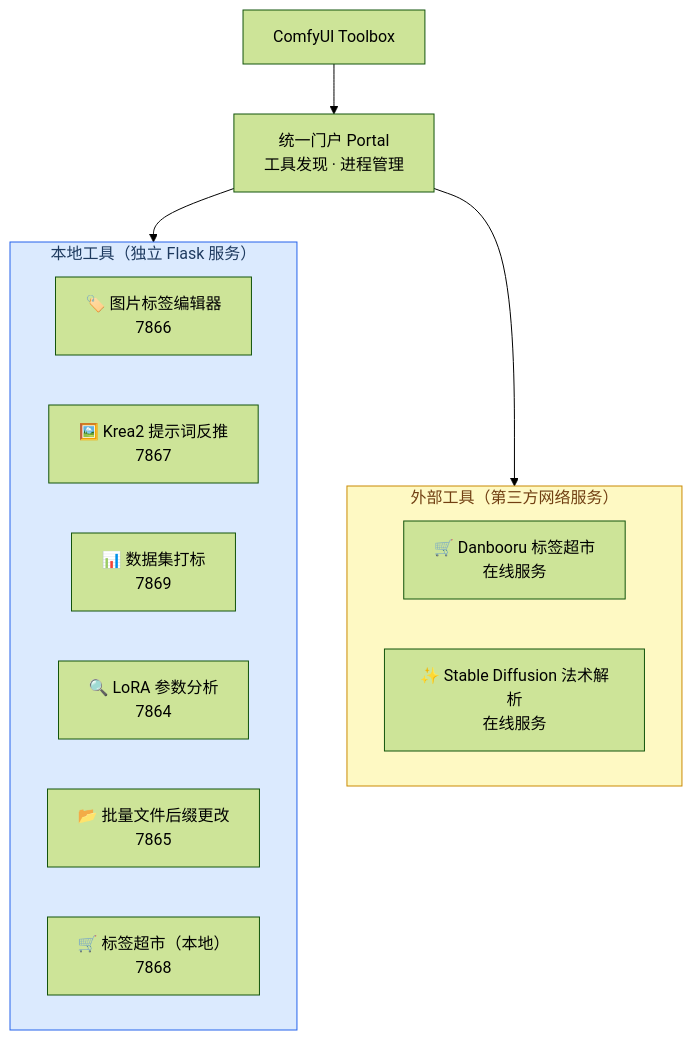
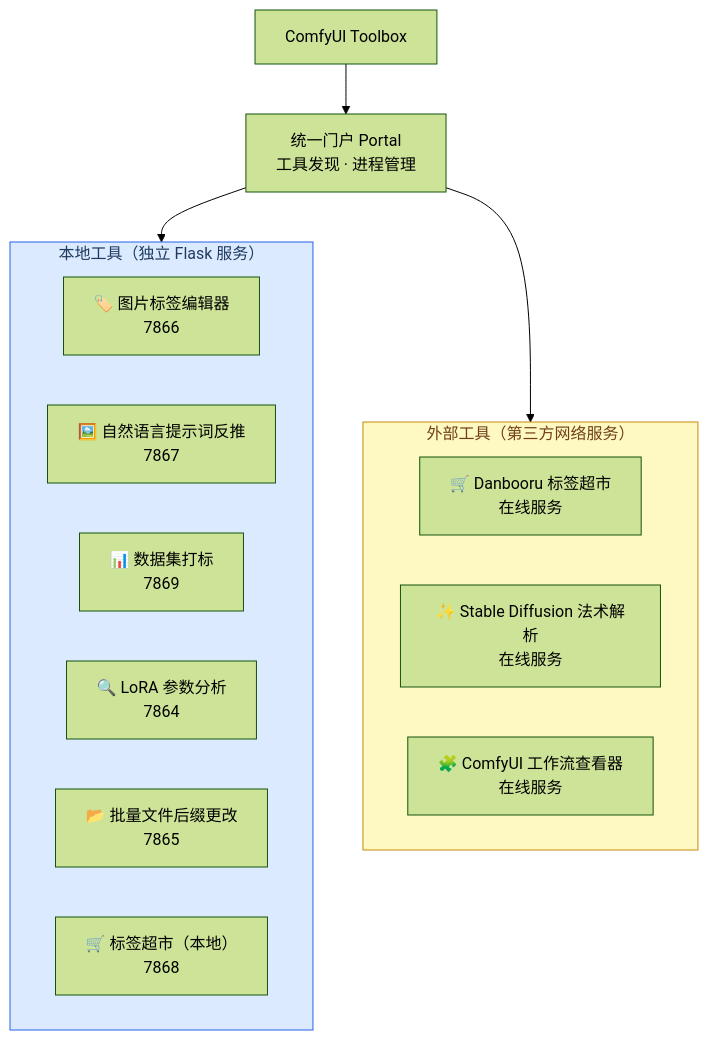
The diagram in README.md (kkmlimingfeng/ComfyuiToolBox), drawn with Mermaid (forest theme) before and after one commit. The commit also changed other lines of this file and 10 other files, not shown here.

````diff
--- a/README.md
+++ b/README.md
@@ -20,31 +20,32 @@
 ```mermaid
 flowchart TB
     accTitle: ComfyUI Toolbox Architecture
     accDescr: The unified portal discovers and manages independent tools, grouped into local tools and external web-based tools.
 
     root["ComfyUI Toolbox"] --> portal["统一门户 Portal<br/>工具发现 · 进程管理"]
 
     portal --> local
     portal --> external
 
     subgraph local["本地工具（独立 Flask 服务）"]
         direction LR
         editor["🏷️ 图片标签编辑器<br/>7866"]
-        img2prompt["🖼️ Krea2 提示词反推<br/>7867"]
+        img2prompt["🖼️ 自然语言提示词反推<br/>7867"]
         tagger["📊 数据集打标<br/>7869"]
         lora["🔍 LoRA 参数分析<br/>7864"]
         renamer["📂 批量文件后缀更改<br/>7865"]
         shop["🛒 标签超市（本地）<br/>7868"]
     end
 
     subgraph external["外部工具（第三方网络服务）"]
         direction LR
         danbooru["🛒 Danbooru 标签超市<br/>在线服务"]
         spell["✨ Stable Diffusion 法术解析<br/>在线服务"]
+        comfyviewer["🧩 ComfyUI 工作流查看器<br/>在线服务"]
     end
 
     classDef localbox fill:#dbeafe,stroke:#2563eb,color:#1e3a5f
     classDef externalbox fill:#fef9c3,stroke:#ca8a04,color:#713f12
     class local localbox
     class external externalbox
 ```
````
